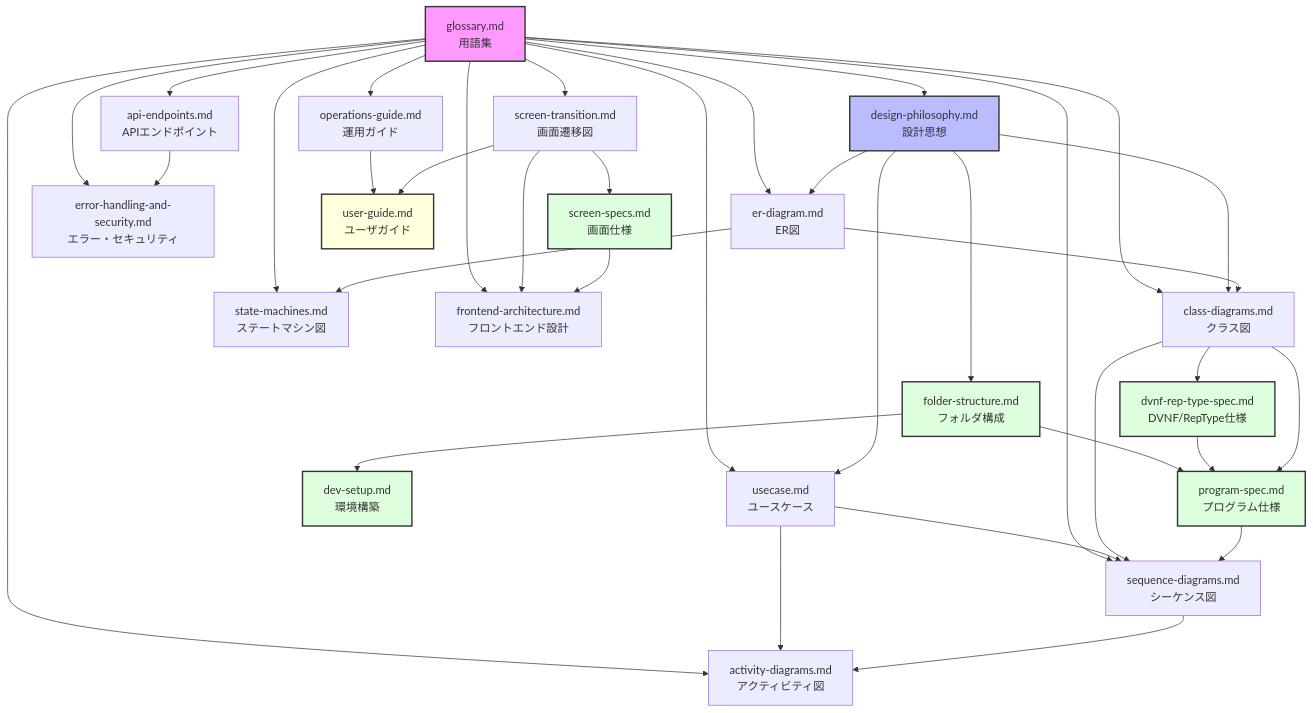
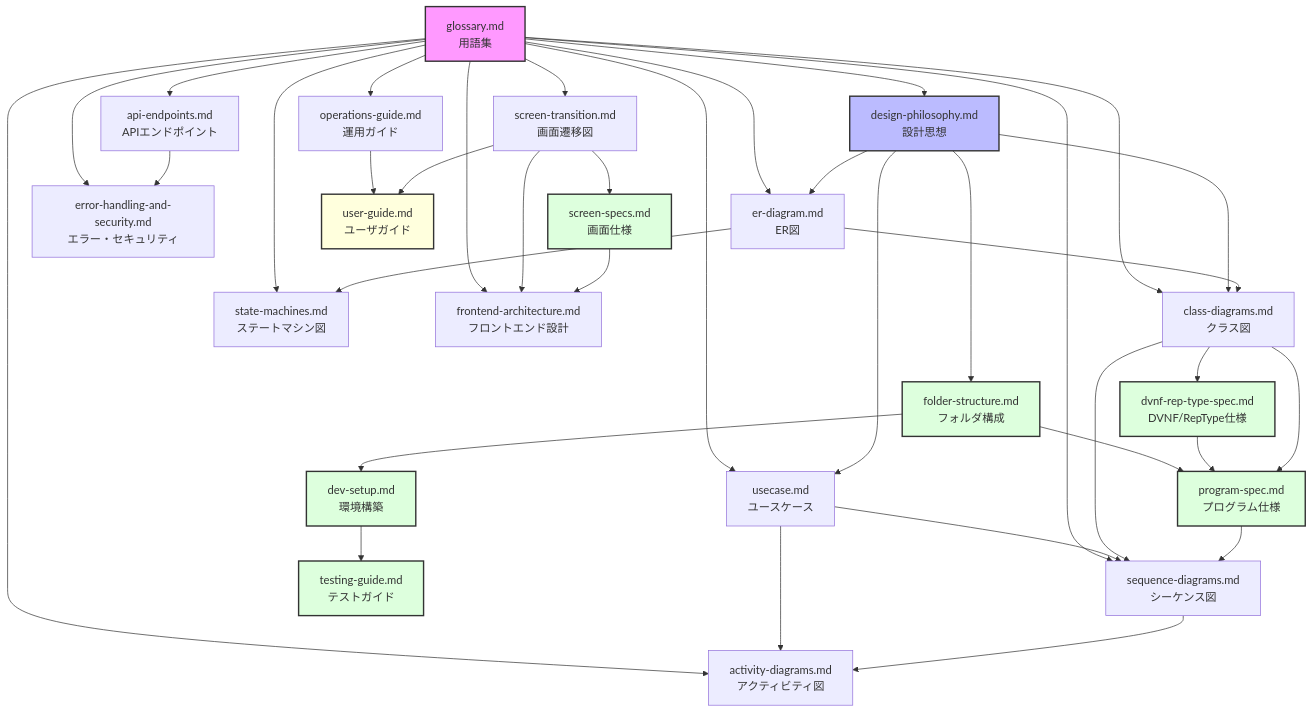
One commit to mt3hr/gkill changed the diagram in documents/reverse/README.md. Above: the diagram before and after it, drawn with Mermaid. The commit also changed other lines of this file and 112 other files, not shown here.

````diff
--- a/documents/reverse/README.md
+++ b/documents/reverse/README.md
@@ -71,53 +73,55 @@
 ```mermaid
 graph TD
     A[glossary.md<br/>用語集] --> B[design-philosophy.md<br/>設計思想]
     A --> C[usecase.md<br/>ユースケース]
     A --> D[er-diagram.md<br/>ER図]
     A --> E[class-diagrams.md<br/>クラス図]
     A --> F[sequence-diagrams.md<br/>シーケンス図]
     A --> G[activity-diagrams.md<br/>アクティビティ図]
     A --> H[state-machines.md<br/>ステートマシン図]
     A --> I[screen-transition.md<br/>画面遷移図]
     A --> J[frontend-architecture.md<br/>フロントエンド設計]
     A --> K[api-endpoints.md<br/>APIエンドポイント]
     A --> L[error-handling-and-security.md<br/>エラー・セキュリティ]
     A --> M[operations-guide.md<br/>運用ガイド]
 
     B --> C
     B --> D
     B --> E
     B --> N[folder-structure.md<br/>フォルダ構成]
 
     C --> F
     C --> G
 
     D --> E
     E --> F
     E --> O[dvnf-rep-type-spec.md<br/>DVNF/RepType仕様]
     F --> G
 
     D --> H
 
     I --> J
     I --> P[screen-specs.md<br/>画面仕様]
     P --> J
     K --> L
 
     N --> Q[dev-setup.md<br/>環境構築]
+    Q --> T[testing-guide.md<br/>テストガイド]
     N --> R[program-spec.md<br/>プログラム仕様]
     O --> R
     E --> R
     R --> F
 
     M --> S[user-guide.md<br/>ユーザガイド]
     I --> S
 
     style A fill:#f9f,stroke:#333,stroke-width:2px
     style B fill:#bbf,stroke:#333,stroke-width:2px
     style N fill:#dfd,stroke:#333,stroke-width:2px
     style O fill:#dfd,stroke:#333,stroke-width:2px
     style P fill:#dfd,stroke:#333,stroke-width:2px
     style Q fill:#dfd,stroke:#333,stroke-width:2px
     style R fill:#dfd,stroke:#333,stroke-width:2px
+    style T fill:#dfd,stroke:#333,stroke-width:2px
     style S fill:#ffd,stroke:#333,stroke-width:2px
 ```
````
